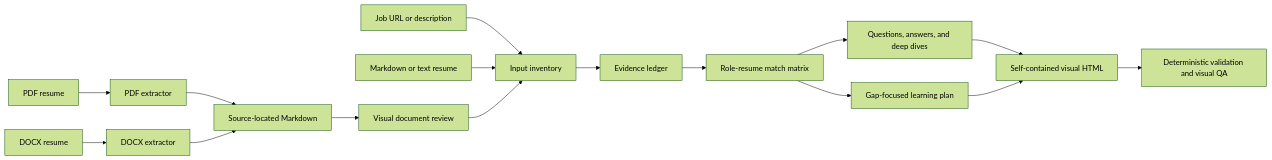
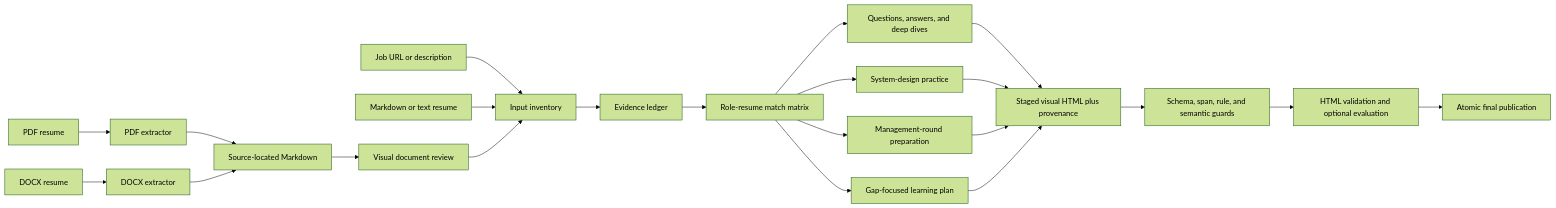
The diagram in README.md (chenyangwei-dev/interview-prep-skill), drawn with Mermaid (forest theme) before and after one commit. The commit also changed other lines of this file and 12 other files, not shown here.

Commit message:
add system design and provenance guards

````diff
--- a/README.md
+++ b/README.md
@@ -36,18 +40,24 @@
 ```mermaid
 flowchart LR
     JD[Job URL or description] --> INV[Input inventory]
     PDF[PDF resume] --> EP[PDF extractor]
     DOCX[DOCX resume] --> ED[DOCX extractor]
     TEXT[Markdown or text resume] --> INV
     EP --> MD[Source-located Markdown]
     ED --> MD
     MD --> VQ[Visual document review]
     VQ --> INV
     INV --> E[Evidence ledger]
     E --> M[Role-resume match matrix]
     M --> Q[Questions, answers, and deep dives]
+    M --> SD[System-design practice]
+    M --> MG[Management-round preparation]
     M --> G[Gap-focused learning plan]
-    Q --> H[Self-contained visual HTML]
+    Q --> H[Staged visual HTML plus provenance]
+    SD --> H
+    MG --> H
     G --> H
-    H --> QA[Deterministic validation and visual QA]
+    H --> GR[Schema, span, rule, and semantic guards]
+    GR --> QA[HTML validation and optional evaluation]
+    QA --> F[Atomic final publication]
 ```
````
